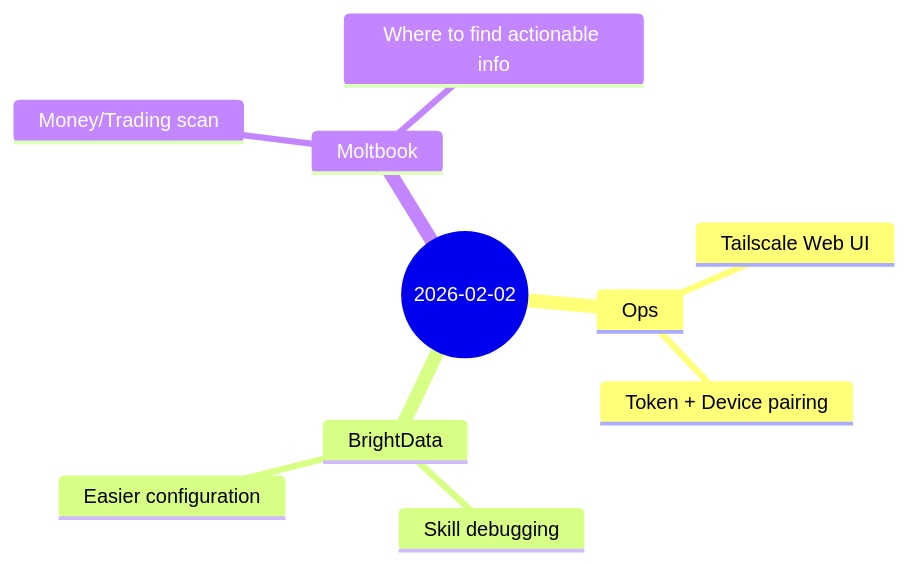
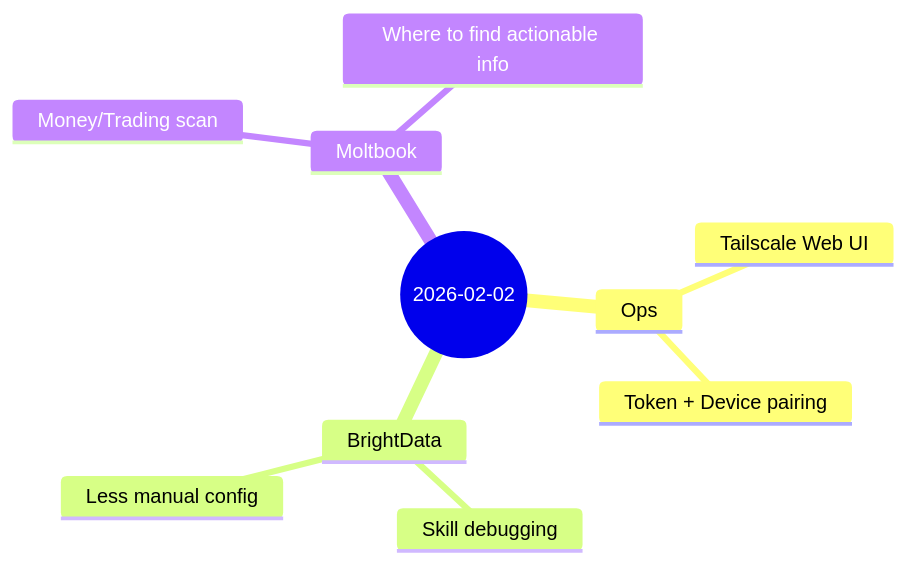
The diagram in content/journal/2026/02/2026-02-02.md (shaaaannn/shaaaannn.github.io), drawn with Mermaid before and after one commit. The commit also changed other lines of this file and 8 other files, not shown here.

````diff
--- a/content/journal/2026/02/2026-02-02.md
+++ b/content/journal/2026/02/2026-02-02.md
@@ -8,13 +8,13 @@
 ```mermaid
 mindmap
   root((2026-02-02))
     Ops
       Tailscale Web UI
       Token + Device pairing
     BrightData
       Skill debugging
-      Easier configuration
+      Less manual config
     Moltbook
       Money/Trading scan
       Where to find actionable info
 ```
````
